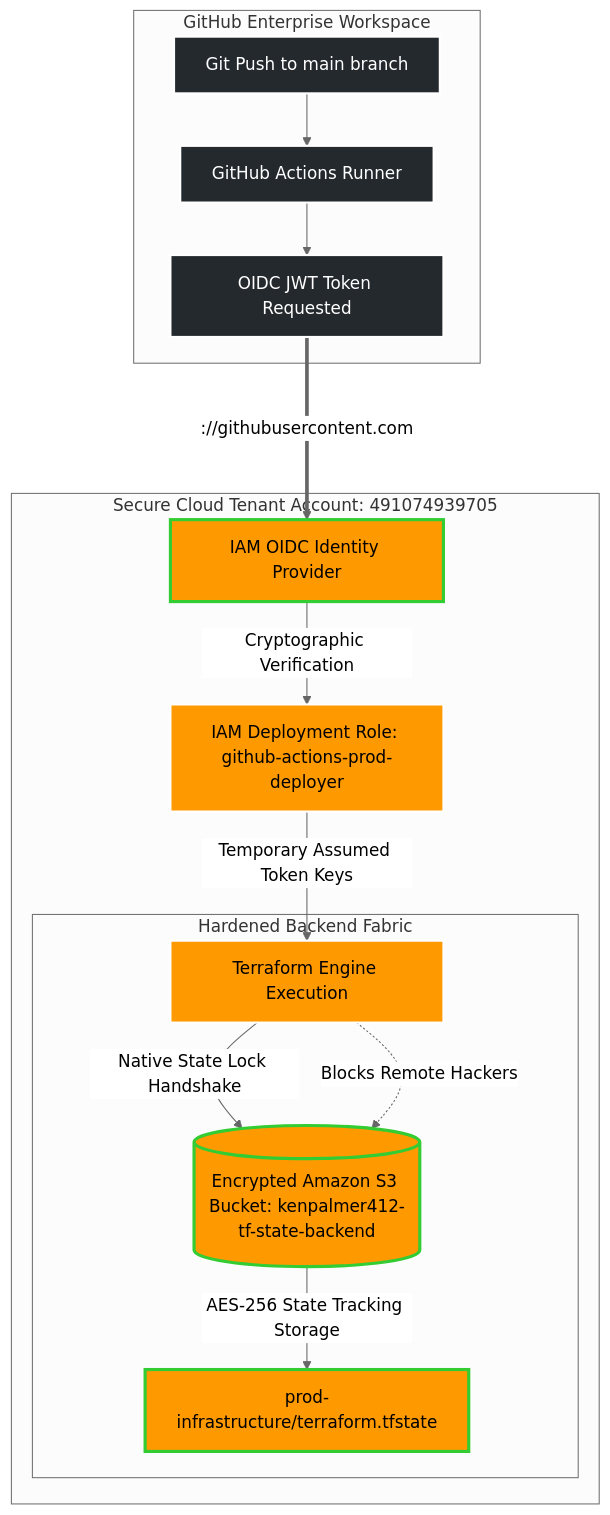
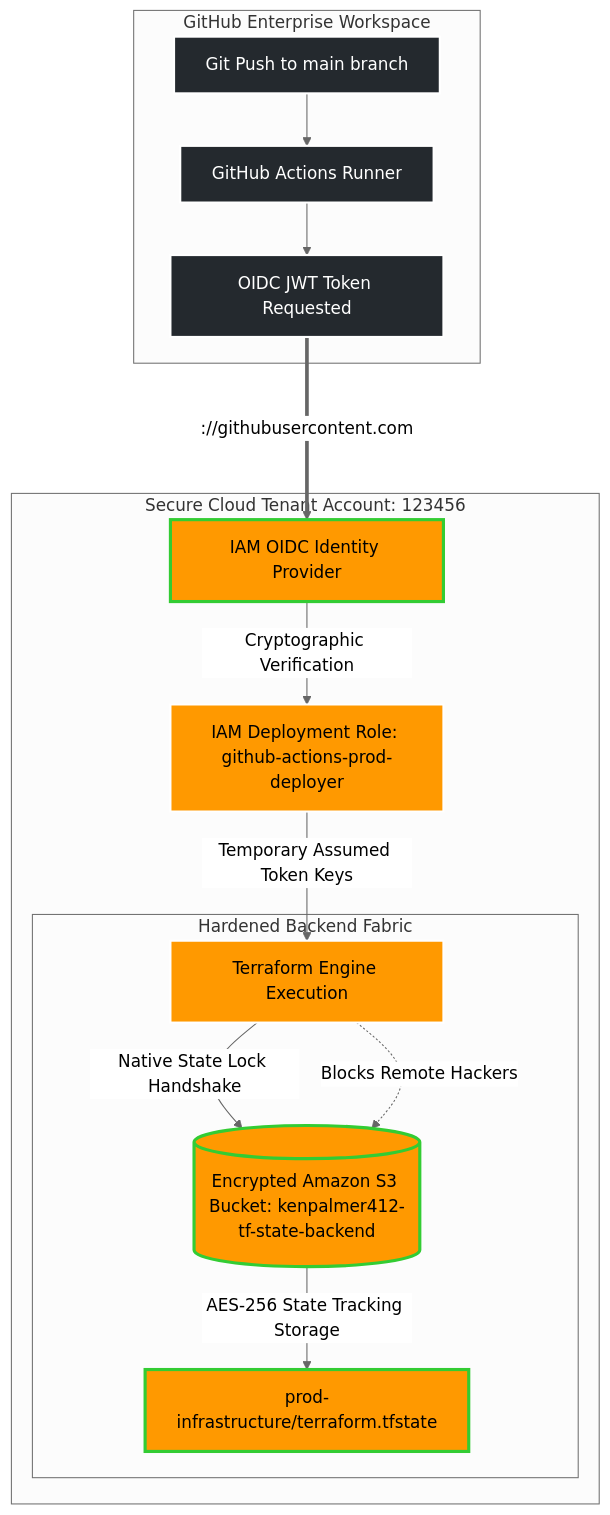
The diagram in 02-terraform-infrastructure/README.md (kpalmer412/aws-cloud-projects), drawn with Mermaid (neutral theme) before and after one commit.

Commit message:
Update AWS OIDC Pipeline Architecture diagram

````diff
--- a/02-terraform-infrastructure/README.md
+++ b/02-terraform-infrastructure/README.md
@@ -3,30 +3,30 @@
 ```mermaid
 graph TD
     %% Styling Configuration
     classDef github fill:#24292e,stroke:#fff,stroke-width:2px,color:#fff;
     classDef aws fill:#ff9900,stroke:#fff,stroke-width:2px,color:#000;
     classDef secure stroke:#33cc33,stroke-width:3px;
 
     %% Elements Layout
     subgraph GitHub_Platform [GitHub Enterprise Workspace]
         A[Git Push to main branch]:::github --> B[GitHub Actions Runner]:::github
         B --> C[OIDC JWT Token Requested]:::github
     end
 
-    subgraph AWS_Cloud [Secure Cloud Tenant Account: 491074939705]
+    subgraph AWS_Cloud [Secure Cloud Tenant Account: 123456]
         D[IAM OIDC Identity Provider]:::aws -->|Cryptographic Verification| E[IAM Deployment Role: github-actions-prod-deployer]:::aws
         E -->|Temporary Assumed Token Keys| F[Terraform Engine Execution]:::aws
         
         subgraph Isolation_Boundary [Hardened Backend Fabric]
             F -->|Native State Lock Handshake| G[(Encrypted Amazon S3 Bucket: kenpalmer412-tf-state-backend)]:::aws
             G -->|AES-256 State Tracking Storage| H[prod-infrastructure/terraform.tfstate]:::aws
         end
     end
 
     %% Flow Transitions
     C ===>|://githubusercontent.com| D:::secure
     F -.->|Blocks Remote Hackers| G
 
     %% Applying Secure Border
     class G,H secure;
 ```
````
